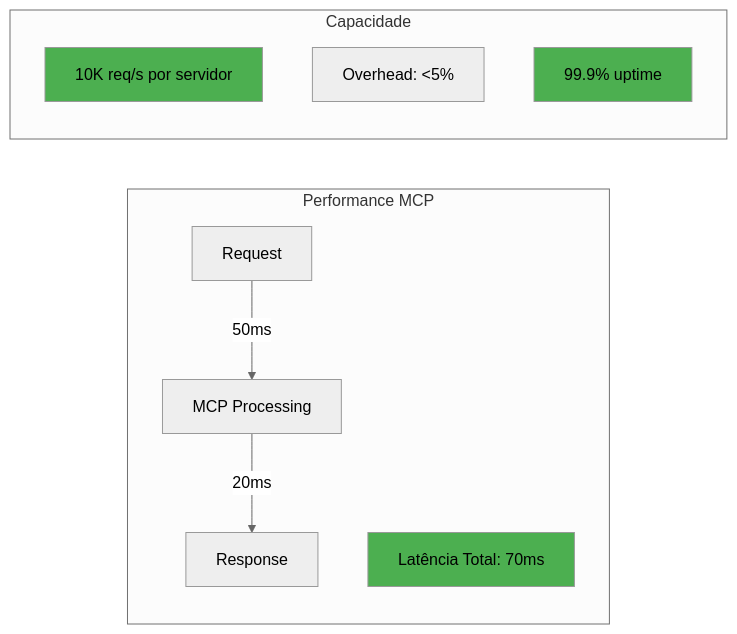
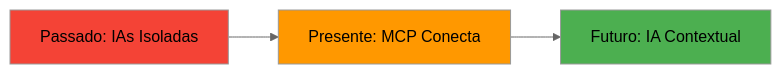
Diagram 12 of 14 in AI/Comunicação/MCP/00-mcp-presentation-zero to hero.md (felipepimentel/my-public-notes), drawn with Mermaid (neutral theme) before and after one commit. The commit also changed other lines of this file, not shown here.

````diff
--- a/AI/Comunicação/MCP/00-mcp-presentation-zero to hero.md
+++ b/AI/Comunicação/MCP/00-mcp-presentation-zero to hero.md
@@ -443,19 +309,9 @@
 ```mermaid
 graph LR
-    subgraph "Performance MCP"
-        A[Request] -->|50ms| B[MCP Processing]
-        B -->|20ms| C[Response]
-        
-        Total[Latência Total: 70ms]
-    end
+    PAST[Passado: IAs Isoladas] --> PRESENT[Presente: MCP Conecta]
+    PRESENT --> FUTURE[Futuro: IA Contextual]
     
-    subgraph "Capacidade"
-        D[10K req/s por servidor]
-        E[Overhead: <5%]
-        F[99.9% uptime]
-    end
-    
-    style Total fill:#4CAF50
-    style D fill:#4CAF50
-    style F fill:#4CAF50
+    style PAST fill:#f44336
+    style PRESENT fill:#ff9800
+    style FUTURE fill:#4CAF50
 ```
````
